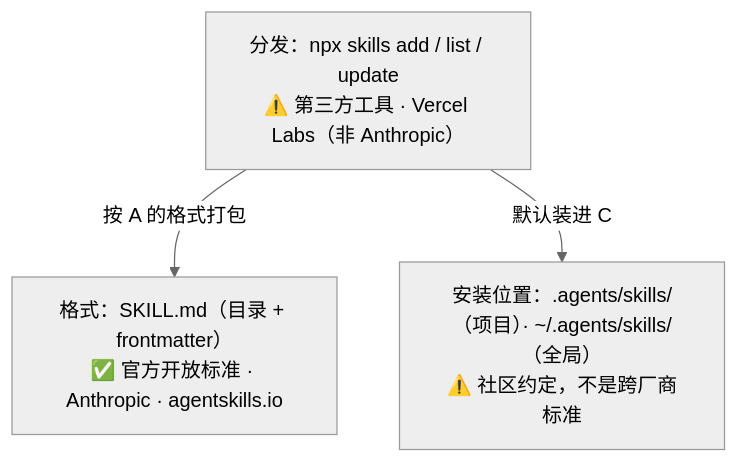
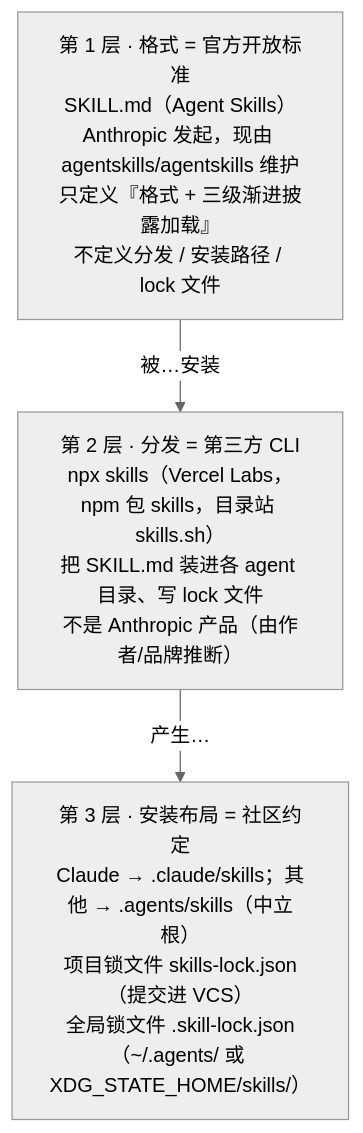
One commit to LLLLLayer/orbita changed the eighth of 9 diagrams in docs/agent-extension-landscape.zh-CN.md. Above: the diagram before and after it, drawn with Mermaid (neutral theme). The commit also changed other lines of this file and 5 other files, not shown here.

````diff
--- a/docs/agent-extension-landscape.zh-CN.md
+++ b/docs/agent-extension-landscape.zh-CN.md
@@ -212,8 +446,8 @@
 ```mermaid
-flowchart TD
-    A["格式：SKILL.md（目录 + frontmatter）<br/>✅ 官方开放标准 · Anthropic · agentskills.io"]
-    B["分发：npx skills add / list / update<br/>⚠️ 第三方工具 · Vercel Labs（非 Anthropic）"]
-    C["安装位置：.agents/skills/（项目）· ~/.agents/skills/（全局）<br/>⚠️ 社区约定，不是跨厂商标准"]
-    B -->|"按 A 的格式打包"| A
-    B -->|"默认装进 C"| C
+flowchart TB
+    L1["第 1 层 · 格式 = 官方开放标准<br/>SKILL.md（Agent Skills）<br/>Anthropic 发起，现由 agentskills/agentskills 维护<br/>只定义『格式 + 三级渐进披露加载』<br/>不定义分发 / 安装路径 / lock 文件"]
+    L2["第 2 层 · 分发 = 第三方 CLI<br/>npx skills（Vercel Labs，npm 包 skills，目录站 skills.sh）<br/>把 SKILL.md 装进各 agent 目录、写 lock 文件<br/>不是 Anthropic 产品（由作者/品牌推断）"]
+    L3["第 3 层 · 安装布局 = 社区约定<br/>Claude → .claude/skills；其他 → .agents/skills（中立根）<br/>项目锁文件 skills-lock.json（提交进 VCS）<br/>全局锁文件 .skill-lock.json（~/.agents/ 或 XDG_STATE_HOME/skills/）"]
+    L1 -->|"被…安装"| L2
+    L2 -->|"产生…"| L3
 ```
````
